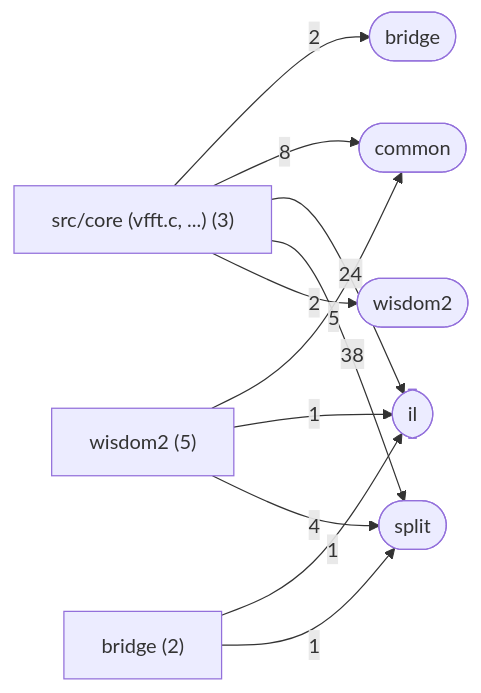
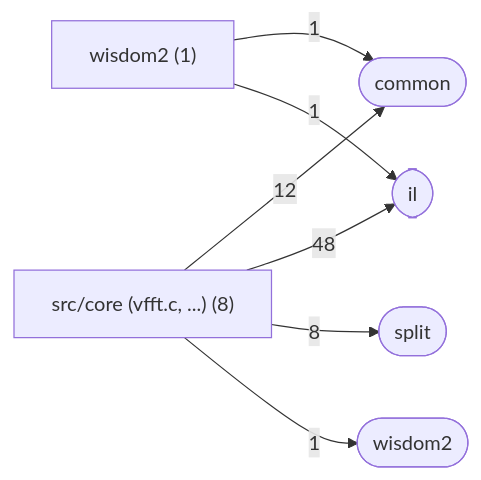
One commit to Tugbars/VectorFFT changed the fourth of 4 diagrams in docs/architecture/generated/folders.md. Above: the diagram before and after it, drawn with Mermaid. The commit also changed other lines of this file and 98 other files, not shown here.

Commit message:
regenerated architecture drawings

````diff
--- a/docs/architecture/generated/folders.md
+++ b/docs/architecture/generated/folders.md
@@ -125,21 +88,15 @@
 ```mermaid
 flowchart LR
-    n__core_["src/core (vfft.c, ...) (3)"]
-    n_bridge["bridge (2)"]
-    n_wisdom2["wisdom2 (5)"]
-    n_zone_bridge(["bridge"])
+    n__core_["src/core (vfft.c, ...) (8)"]
+    n_wisdom2["wisdom2 (1)"]
     n_zone_common(["common"])
     n_zone_il(["il"])
     n_zone_split(["split"])
     n_zone_wisdom2(["wisdom2"])
-    n__core_ -->|2| n_zone_bridge
-    n__core_ -->|8| n_zone_common
-    n__core_ -->|24| n_zone_il
-    n__core_ -->|38| n_zone_split
-    n__core_ -->|2| n_zone_wisdom2
-    n_bridge -->|1| n_zone_il
-    n_bridge -->|1| n_zone_split
-    n_wisdom2 -->|5| n_zone_common
+    n__core_ -->|12| n_zone_common
+    n__core_ -->|48| n_zone_il
+    n__core_ -->|8| n_zone_split
+    n__core_ -->|1| n_zone_wisdom2
+    n_wisdom2 -->|1| n_zone_common
     n_wisdom2 -->|1| n_zone_il
-    n_wisdom2 -->|4| n_zone_split
 ```
````
